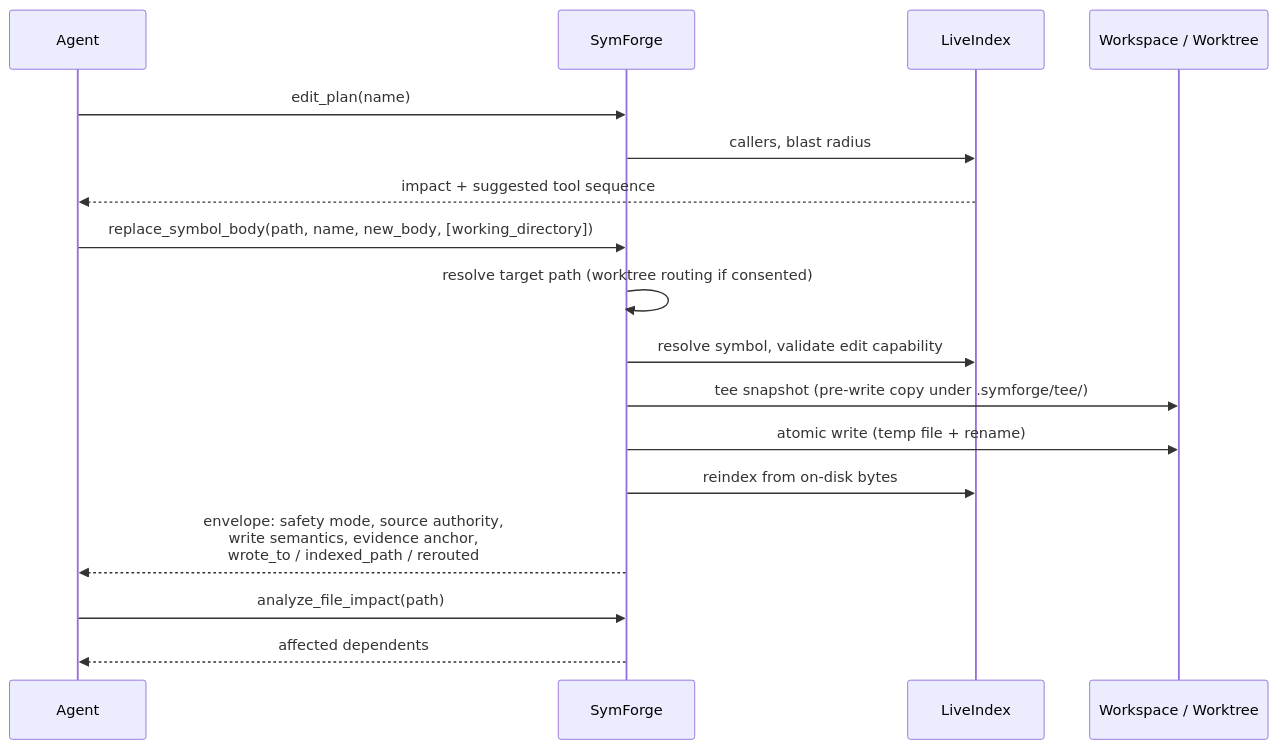
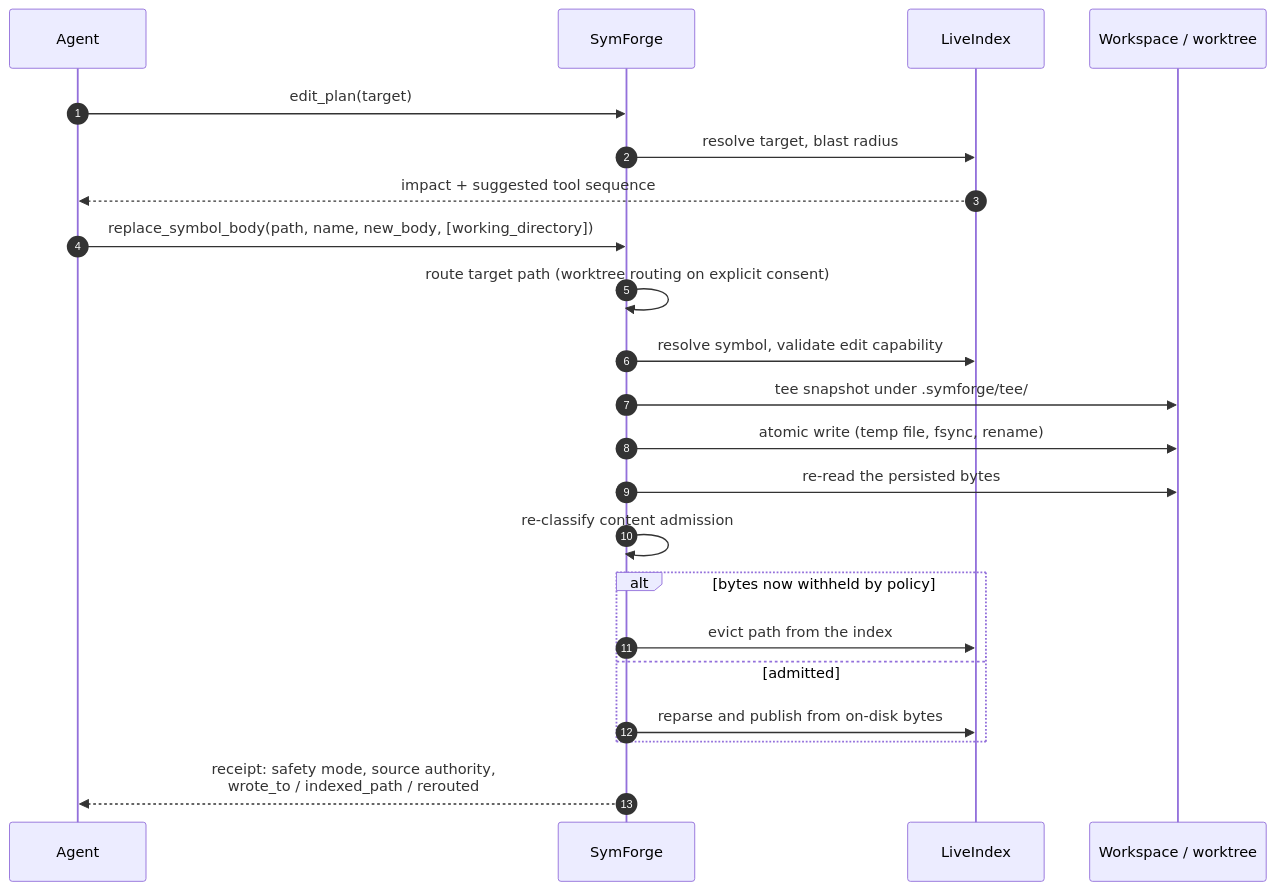
The second of 2 diagrams in README.md (special-place-ai-heaven/symforge), drawn with Mermaid before and after one commit. The commit also changed other lines of this file, not shown here.

````diff
--- a/README.md
+++ b/README.md
@@ -180,21 +149,28 @@
 ```mermaid
 sequenceDiagram
+    accTitle: Structural edit flow
+    accDescr: The agent plans, SymForge resolves and validates the target, snapshots the file, writes atomically, re-reads from disk, re-classifies the bytes, and returns a receipt.
+    autonumber
     participant A as Agent
     participant S as SymForge
     participant I as LiveIndex
-    participant FS as Workspace / Worktree
+    participant FS as Workspace / worktree
 
-    A->>S: edit_plan(name)
-    S->>I: callers, blast radius
+    A->>S: edit_plan(target)
+    S->>I: resolve target, blast radius
     I-->>A: impact + suggested tool sequence
 
     A->>S: replace_symbol_body(path, name, new_body, [working_directory])
-    S->>S: resolve target path (worktree routing if consented)
+    S->>S: route target path (worktree routing on explicit consent)
     S->>I: resolve symbol, validate edit capability
-    S->>FS: tee snapshot (pre-write copy under .symforge/tee/)
-    S->>FS: atomic write (temp file + rename)
-    S->>I: reindex from on-disk bytes
-    S-->>A: envelope: safety mode, source authority,<br/>write semantics, evidence anchor,<br/>wrote_to / indexed_path / rerouted
-    A->>S: analyze_file_impact(path)
-    S-->>A: affected dependents
+    S->>FS: tee snapshot under .symforge/tee/
+    S->>FS: atomic write (temp file, fsync, rename)
+    S->>FS: re-read the persisted bytes
+    S->>S: re-classify content admission
+    alt bytes now withheld by policy
+        S->>I: evict path from the index
+    else admitted
+        S->>I: reparse and publish from on-disk bytes
+    end
+    S-->>A: receipt: safety mode, source authority,<br/>wrote_to / indexed_path / rerouted
 ```
````
